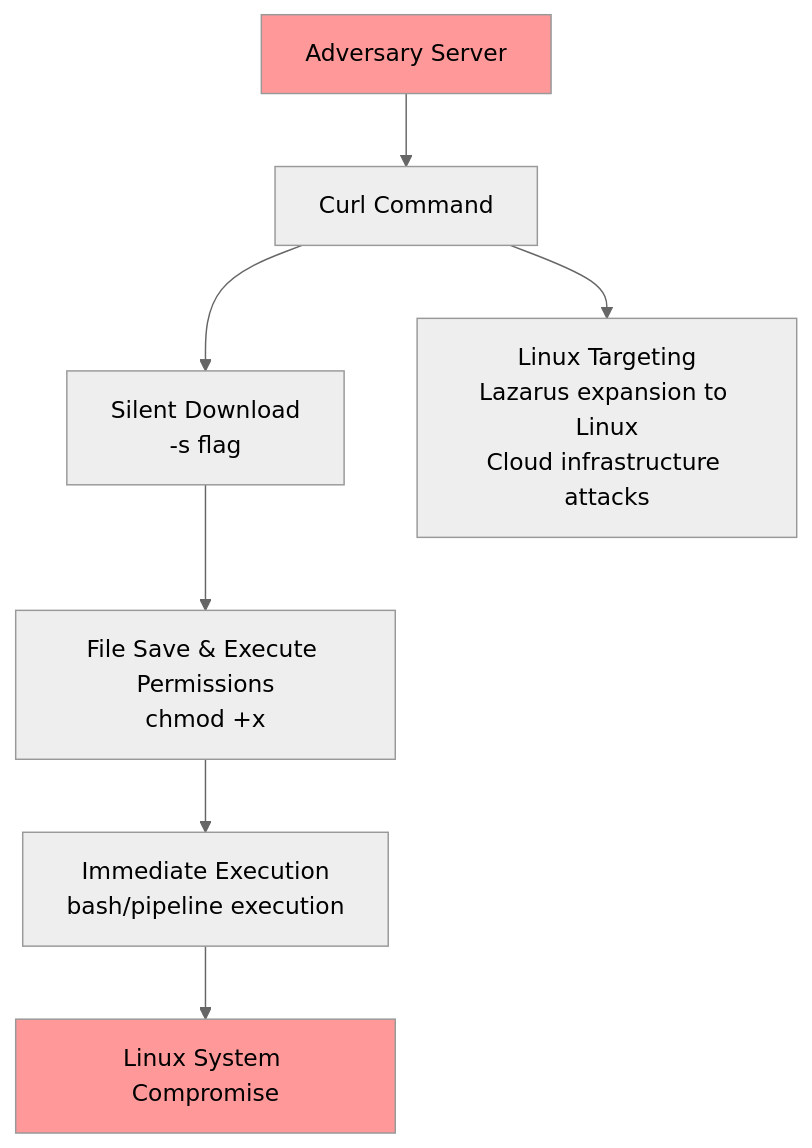
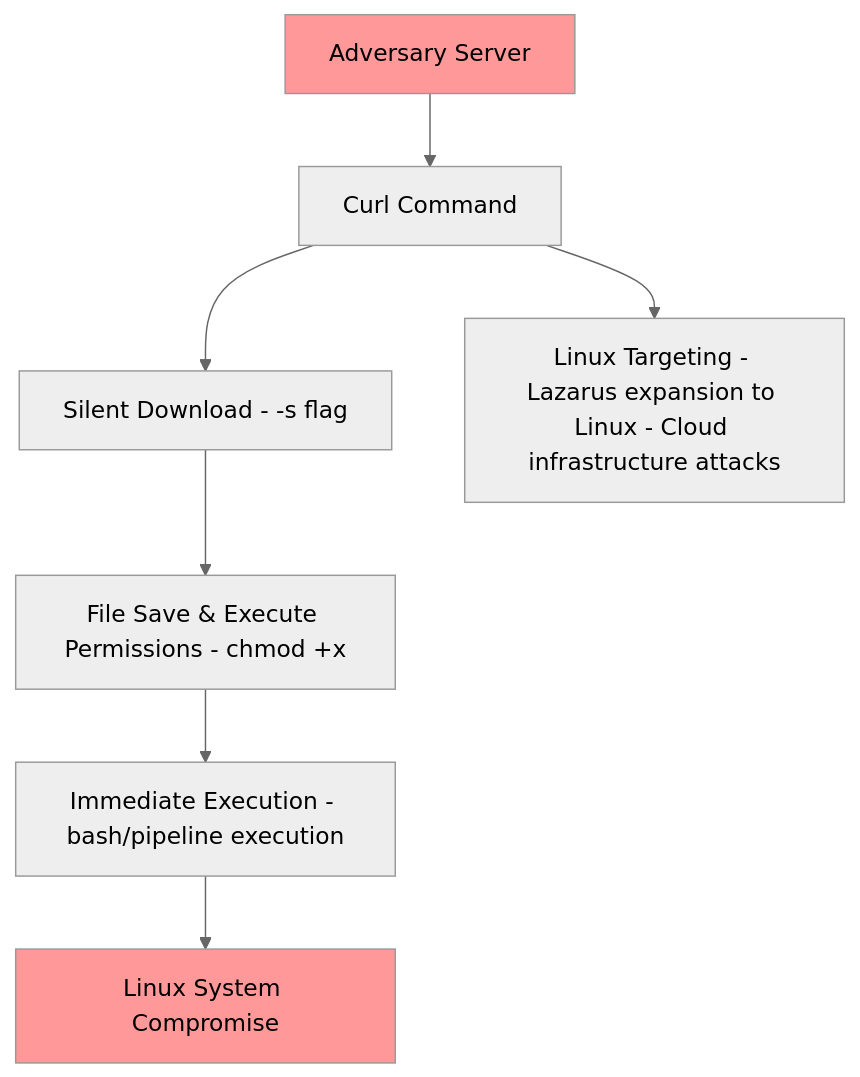
One commit to khaireddinechebbi/APTs-Detection-Framework changed the seventh of 9 diagrams in SigmaRules/Command and Control/T1105/README.md. Above: the diagram before and after it, drawn with Mermaid (neutral theme). The commit also changed other lines of this file, not shown here.

````diff
--- a/SigmaRules/Command and Control/T1105/README.md
+++ b/SigmaRules/Command and Control/T1105/README.md
@@ -254,13 +255,13 @@
 ```mermaid
 flowchart TD
     A[Adversary Server] --> B[Curl Command]
-    B --> C[Silent Download<br>-s flag]
-    C --> D[File Save & Execute Permissions<br>chmod +x]
-    D --> E[Immediate Execution<br>bash/pipeline execution]
+    B --> C[Silent Download - -s flag]
+    C --> D[File Save & Execute Permissions - chmod +x]
+    D --> E[Immediate Execution - bash/pipeline execution]
     E --> F[Linux System Compromise]
     
-    B --> G[Linux Targeting<br>Lazarus expansion to Linux<br>Cloud infrastructure attacks]
+    B --> G[Linux Targeting - Lazarus expansion to Linux - Cloud infrastructure attacks]
     
     style A fill:#ff9999
     style F fill:#ff9999
 ```
````
